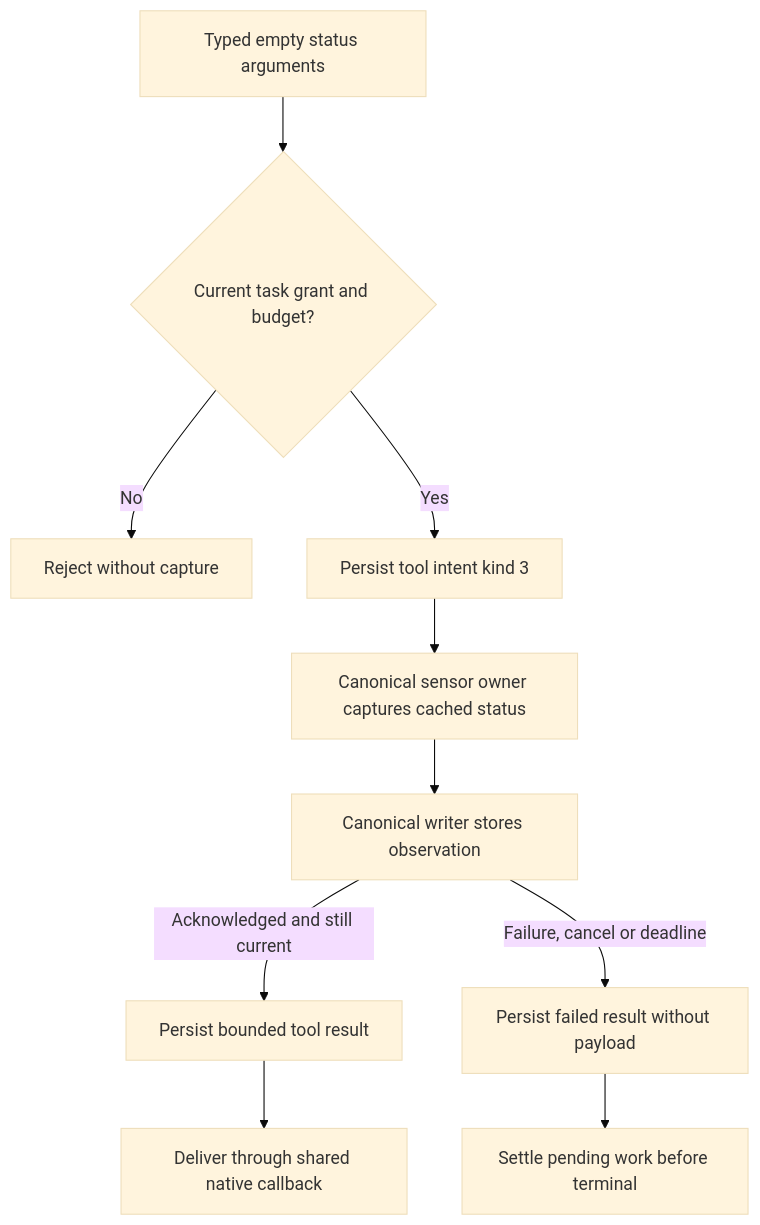
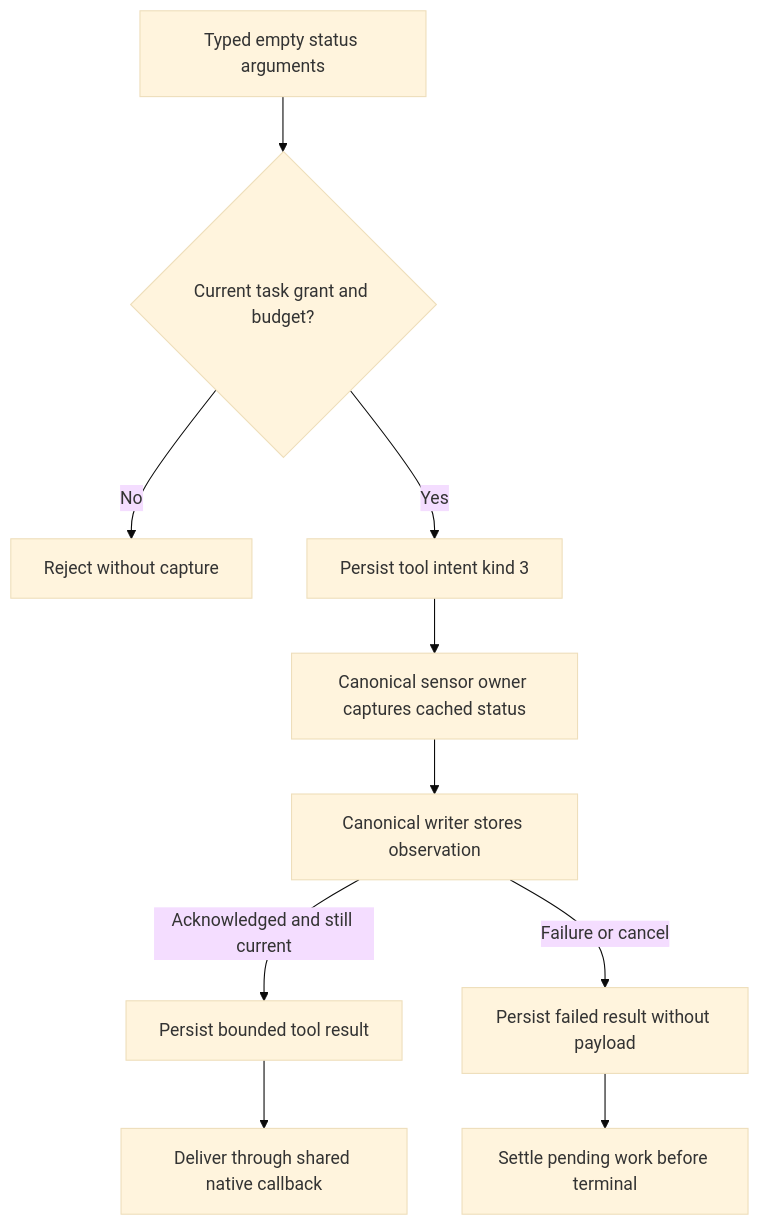
One commit to pidster/asura changed the sixth of 9 diagrams in docs/designs/model-tool-execution.md. Above: the diagram before and after it, drawn with Mermaid (base theme). The commit also changed other lines of this file and 107 other files, not shown here.

````diff
--- a/docs/designs/model-tool-execution.md
+++ b/docs/designs/model-tool-execution.md
@@ -457,12 +472,12 @@
 ```mermaid
 flowchart TD
     Call[Typed empty status arguments] --> Grant{Current task grant and budget?}
     Grant -->|No| Reject[Reject without capture]
     Grant -->|Yes| Intent[Persist tool intent kind 3]
     Intent --> Capture[Canonical sensor owner captures cached status]
     Capture --> Store[Canonical writer stores observation]
     Store -->|Acknowledged and still current| Result[Persist bounded tool result]
-    Store -->|Failure, cancel or deadline| Failed[Persist failed result without payload]
+    Store -->|Failure or cancel| Failed[Persist failed result without payload]
     Result --> Reply[Deliver through shared native callback]
     Failed --> Settle[Settle pending work before terminal]
 ```
````
